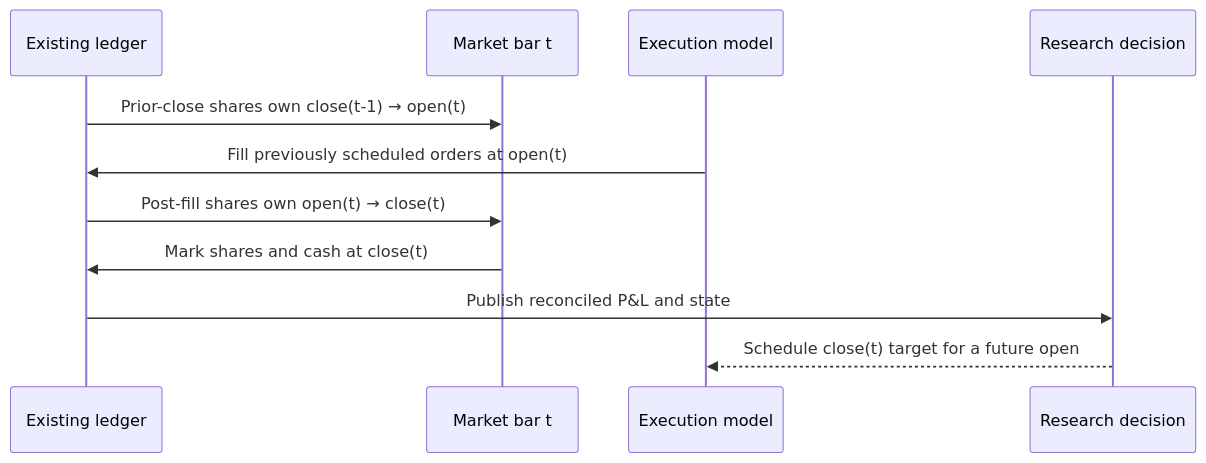
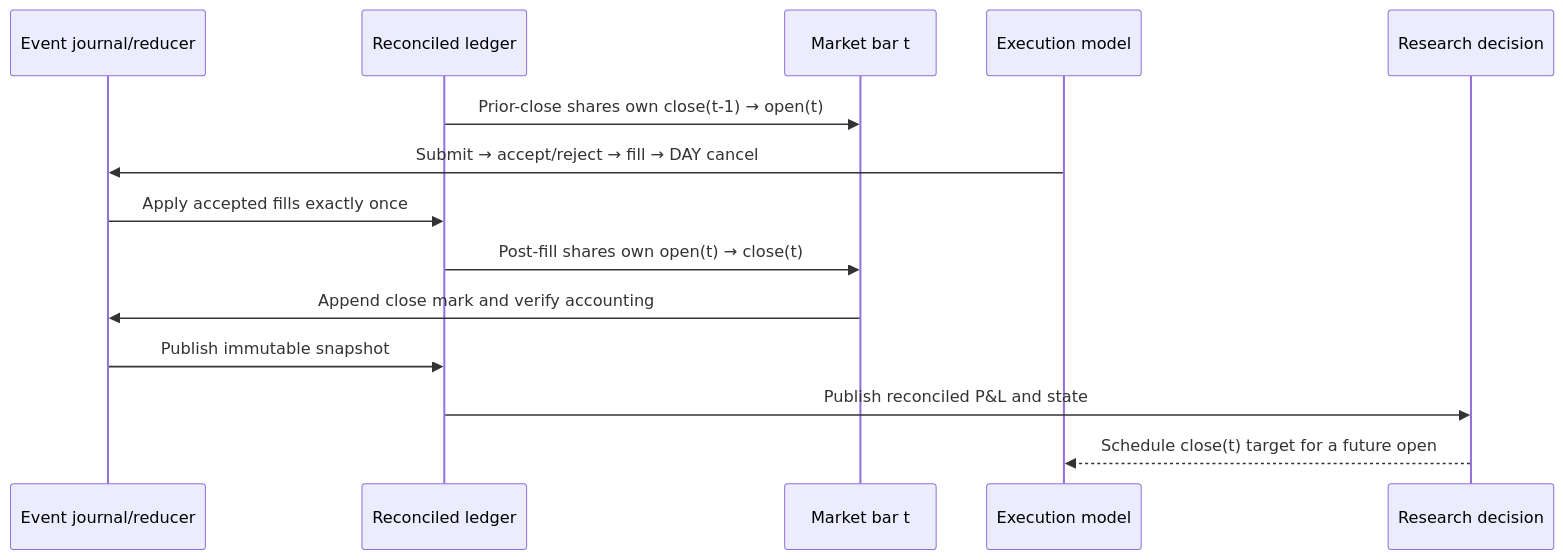
Before and after one commit to srgangaram-swe/AlphaForge: the diagram in docs/backtesting.md, drawn with Mermaid. The commit also changed other lines of this file and 27 other files, not shown here.

````diff
--- a/docs/backtesting.md
+++ b/docs/backtesting.md
@@ -10,13 +10,16 @@
 ```mermaid
 sequenceDiagram
-    participant L as Existing ledger
+    participant J as Event journal/reducer
+    participant L as Reconciled ledger
     participant M as Market bar t
     participant E as Execution model
     participant R as Research decision
     L->>M: Prior-close shares own close(t-1) → open(t)
-    E->>L: Fill previously scheduled orders at open(t)
+    E->>J: Submit → accept/reject → fill → DAY cancel
+    J->>L: Apply accepted fills exactly once
     L->>M: Post-fill shares own open(t) → close(t)
-    M->>L: Mark shares and cash at close(t)
+    M->>J: Append close mark and verify accounting
+    J->>L: Publish immutable snapshot
     L->>R: Publish reconciled P&L and state
     R-->>E: Schedule close(t) target for a future open
 ```
````
